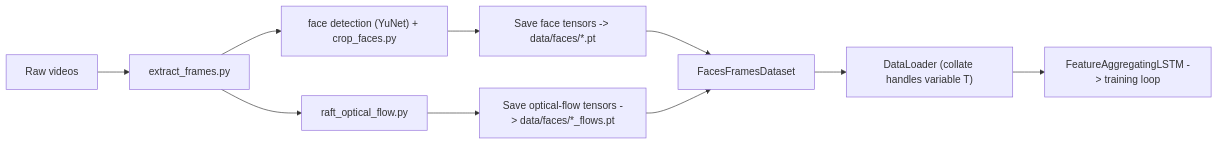
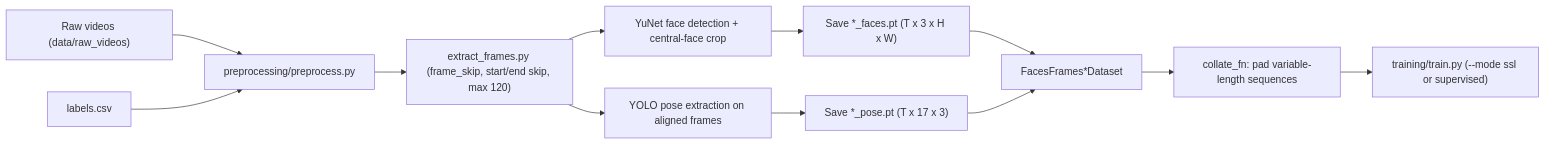
One commit to MeasureZer0/cspan_congressionalrhetoric_video changed the second of 2 diagrams in README.md. Above: the diagram before and after it, drawn with Mermaid. The commit also changed other lines of this file and 2 other files, not shown here.

````diff
--- a/README.md
+++ b/README.md
@@ -32,11 +47,14 @@
 ```mermaid
 flowchart LR
-  RV[Raw videos] --> EF[extract_frames.py]
-  EF --> FD["face detection (YuNet) + crop_faces.py"]
-  FD --> FT[Save face tensors -> data/faces/*.pt]
-  EF --> OF[raft_optical_flow.py]
-  OF --> FT2[Save optical-flow tensors -> data/faces/*_flows.pt]
-  FT & FT2 --> DS[FacesFramesDataset]
-  DS --> DL["DataLoader (collate handles variable T)"]
-  DL --> Model[FeatureAggregatingLSTM -> training loop]
+  RV["Raw videos (data/raw_videos)"] --> PP["preprocessing/preprocess.py"]
+  LBL["labels.csv"] --> PP
+  PP --> EF["extract_frames.py (frame_skip, start/end skip, max 120)"]
+  EF --> FD["YuNet face detection + central-face crop"]
+  EF --> PE["YOLO pose extraction on aligned frames"]
+  FD --> SF["Save *_faces.pt (T x 3 x H x W)"]
+  PE --> SP["Save *_pose.pt (T x 17 x 3)"]
+  SF --> DS["FacesFrames*Dataset"]
+  SP --> DS
+  DS --> CL["collate_fn: pad variable-length sequences"]
+  CL --> TR["training/train.py (--mode ssl or supervised)"]
 ```
````
